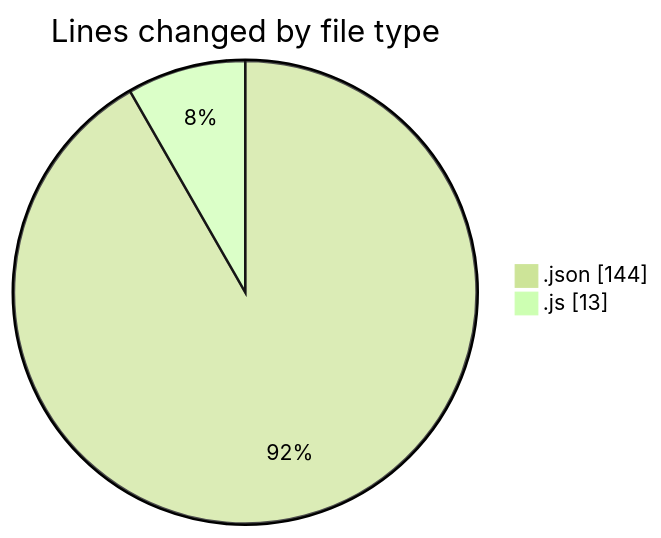
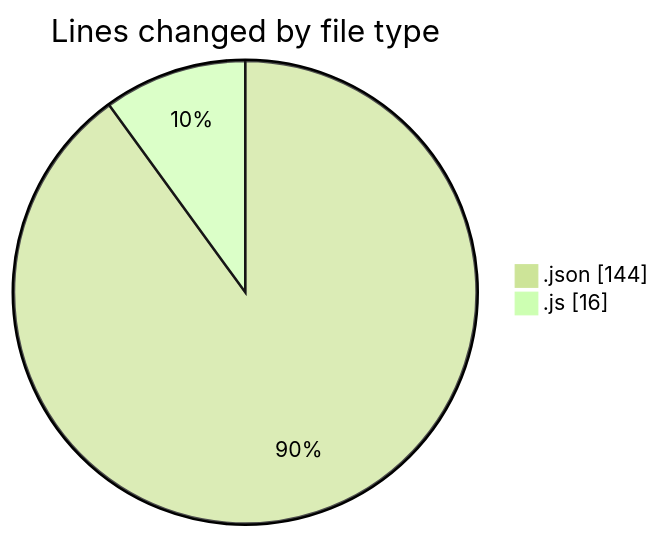
Before and after one commit to Elitesun/code-tracking: the first of 2 diagrams in 2025-03-09/fakeme/README.md, drawn with Mermaid (forest theme). The commit also changed other lines of this file and 1 other file, not shown here.

````diff
--- a/2025-03-09/fakeme/README.md
+++ b/2025-03-09/fakeme/README.md
@@ -23,6 +23,6 @@
 ```mermaid
 pie showData
 title Lines changed by file type
 ".json" : 144
-".js" : 13
+".js" : 16
 ```
````
